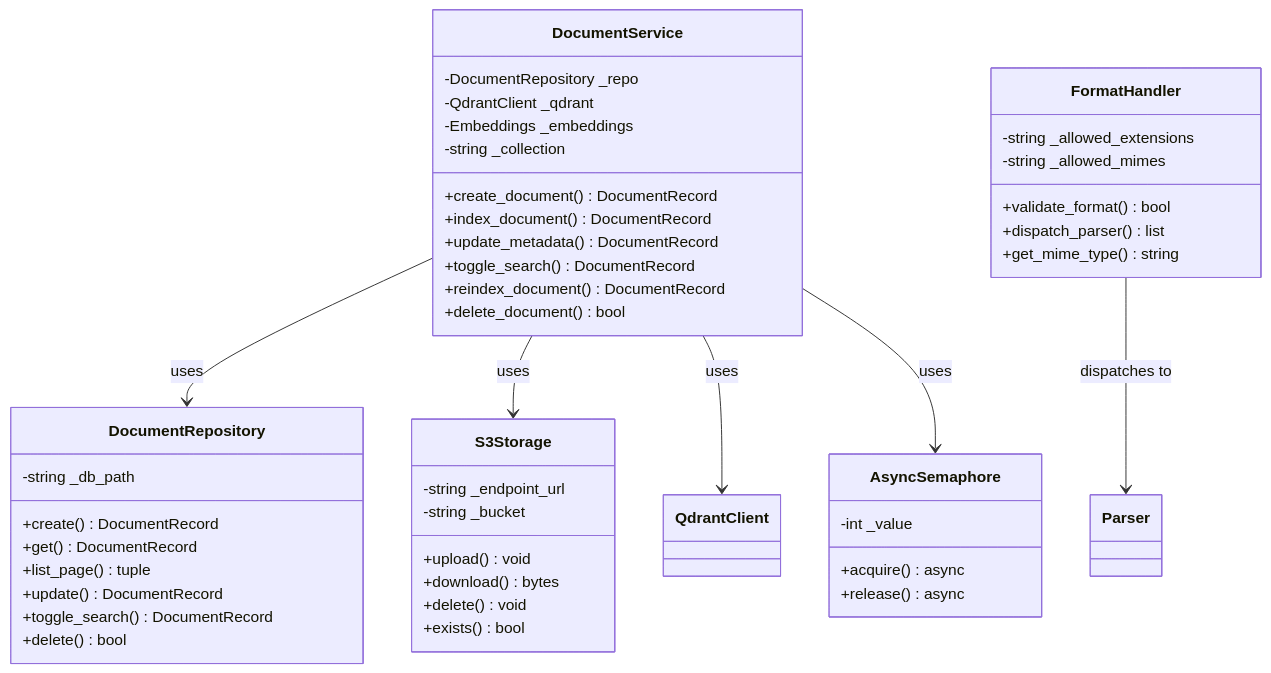
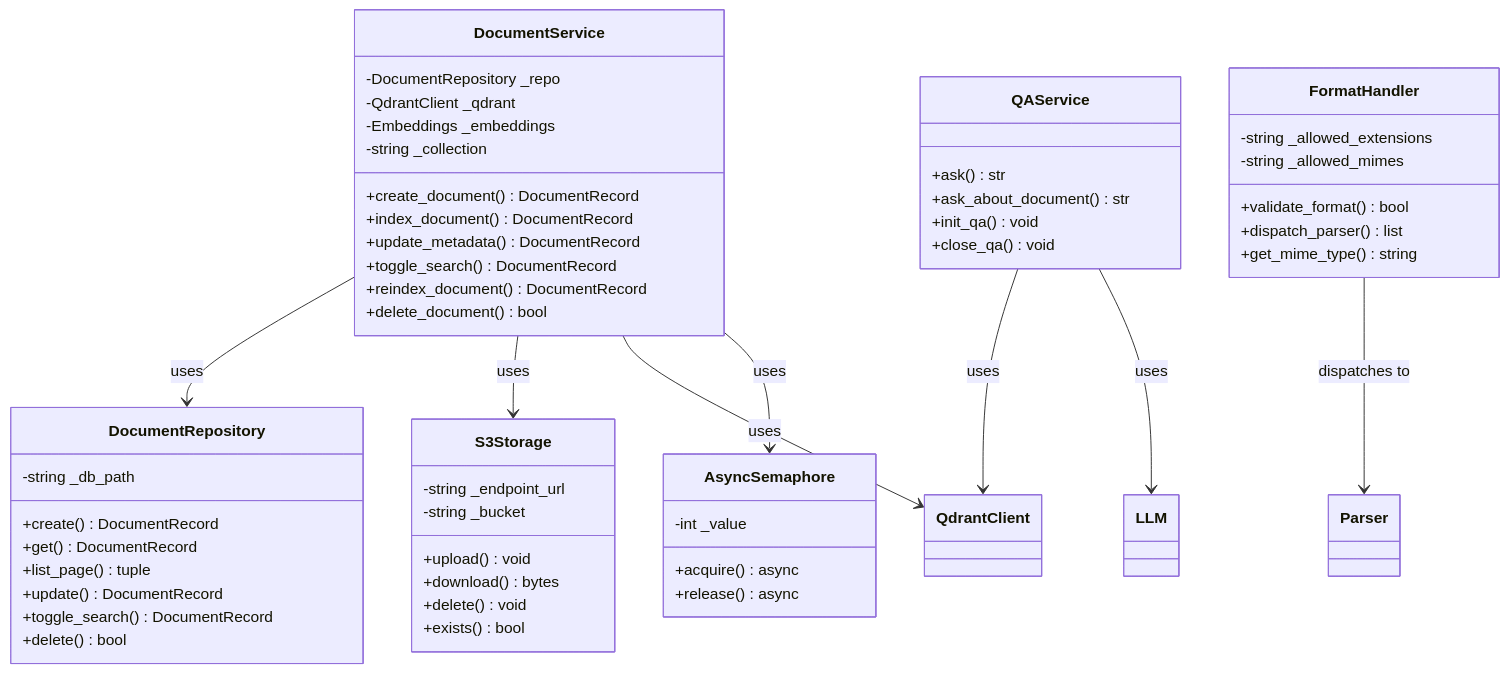
Before and after one commit to ognelis/cafetera_hr_bot: the third of 22 diagrams in .qoder/repowiki/en/content/Document Management System.md, drawn with Mermaid. The commit also changed other lines of this file and 6 other files, not shown here.

````diff
--- a/.qoder/repowiki/en/content/Document Management System.md
+++ b/.qoder/repowiki/en/content/Document Management System.md
@@ -212,49 +228,57 @@
 ```mermaid
 classDiagram
 class DocumentService {
 -DocumentRepository _repo
 -QdrantClient _qdrant
 -Embeddings _embeddings
 -string _collection
 +create_document() DocumentRecord
 +index_document() DocumentRecord
 +update_metadata() DocumentRecord
 +toggle_search() DocumentRecord
 +reindex_document() DocumentRecord
 +delete_document() bool
 }
 class DocumentRepository {
 -string _db_path
 +create() DocumentRecord
 +get() DocumentRecord
 +list_page() tuple
 +update() DocumentRecord
 +toggle_search() DocumentRecord
 +delete() bool
 }
 class S3Storage {
 -string _endpoint_url
 -string _bucket
 +upload() void
 +download() bytes
 +delete() void
 +exists() bool
 }
 class FormatHandler {
 -string _allowed_extensions
 -string _allowed_mimes
 +validate_format() bool
 +dispatch_parser() list
 +get_mime_type() string
 }
 class AsyncSemaphore {
 -int _value
 +acquire() async
 +release() async
 }
+class QAService {
++ask() str
++ask_about_document() str
++init_qa() void
++close_qa() void
+}
 DocumentService --> DocumentRepository : uses
 DocumentService --> S3Storage : uses
 DocumentService --> QdrantClient : uses
 DocumentService --> AsyncSemaphore : uses
 FormatHandler --> Parser : dispatches to
+QAService --> QdrantClient : uses
+QAService --> LLM : uses
 ```
````
